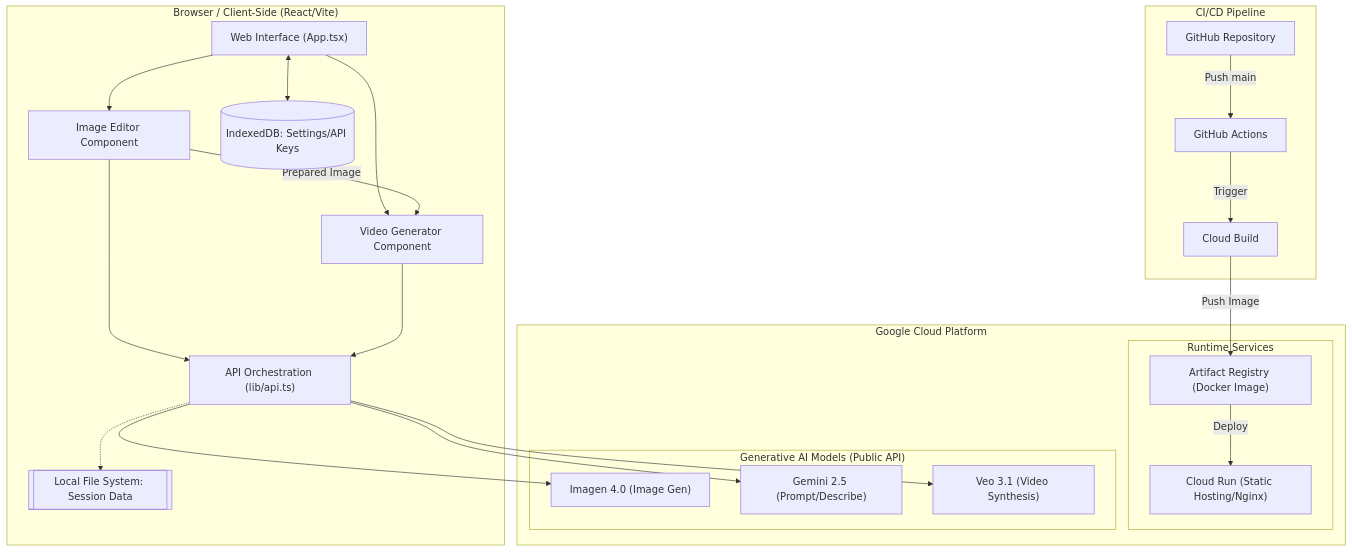
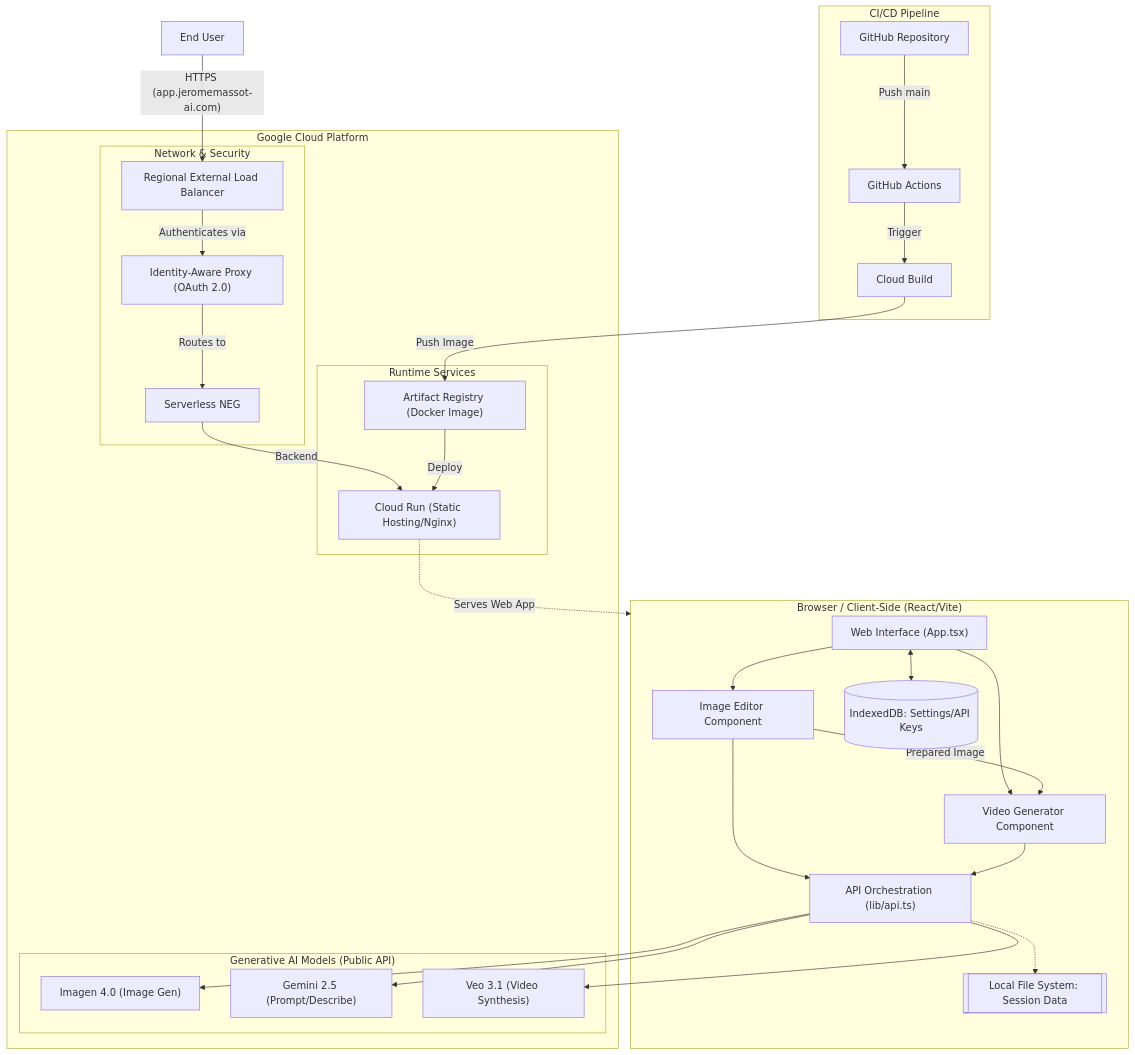
Before and after one commit to jeromemassot/FDE-AI-Image-Video-Creative-Platform: the diagram in README.md, drawn with Mermaid. The commit also changed other lines of this file, not shown here.

Commit message:
docs: Add deployment architecture details and update the system architecture diagram to reflect GCP deployment and networking.

````diff
--- a/README.md
+++ b/README.md
@@ -87,45 +95,58 @@
 ```mermaid
 graph TD
-    subgraph Client ["Browser / Client-Side (React/Vite)"]
-        UI["Web Interface (App.tsx)"]
-        IE["Image Editor Component"]
-        VG["Video Generator Component"]
-        IDB[(IndexedDB: Settings/API Keys)]
-        LFS[[Local File System: Session Data]]
-        API_LIB["API Orchestration (lib/api.ts)"]
-    end
-
+    User["End User"] -- "HTTPS (app.jeromemassot-ai.com)" --> XLB
+    
     subgraph GCP_Cloud ["Google Cloud Platform"]
+        subgraph Networking ["Network & Security"]
+            XLB["Regional External Load Balancer"]
+            IAP["Identity-Aware Proxy (OAuth 2.0)"]
+            NEG["Serverless NEG"]
+        end
         subgraph Services ["Runtime Services"]
             CR["Cloud Run (Static Hosting/Nginx)"]
             AR["Artifact Registry (Docker Image)"]
         end
         subgraph AI_Models ["Generative AI Models (Public API)"]
             IM4["Imagen 4.0 (Image Gen)"]
             G25["Gemini 2.5 (Prompt/Describe)"]
             V31["Veo 3.1 (Video Synthesis)"]
         end
+    end
+
+    XLB -- "Authenticates via" --> IAP
+    IAP -- "Routes to" --> NEG
+    NEG -- "Backend" --> CR
+
+    CR -. "Serves Web App" .-> Client
+
+    subgraph Client ["Browser / Client-Side (React/Vite)"]
+        UI["Web Interface (App.tsx)"]
+        IE["Image Editor Component"]
+        VG["Video Generator Component"]
+        IDB[(IndexedDB: Settings/API Keys)]
+        LFS[[Local File System: Session Data]]
+        API_LIB["API Orchestration (lib/api.ts)"]
     end
 
     subgraph CI_CD ["CI/CD Pipeline"]
         GH["GitHub Repository"]
         GA["GitHub Actions"]
         CB["Cloud Build"]
     end
 
     UI --> IE
     UI --> VG
     IE -- "Prepared Image" --> VG
     IE --> API_LIB
     VG --> API_LIB
     API_LIB --> IM4
     API_LIB --> G25
     API_LIB --> V31
     UI <--> IDB
     API_LIB -.-> LFS
 
     GH -- "Push main" --> GA
     GA -- "Trigger" --> CB
     CB -- "Push Image" --> AR
     AR -- "Deploy" --> CR
 ```
````
